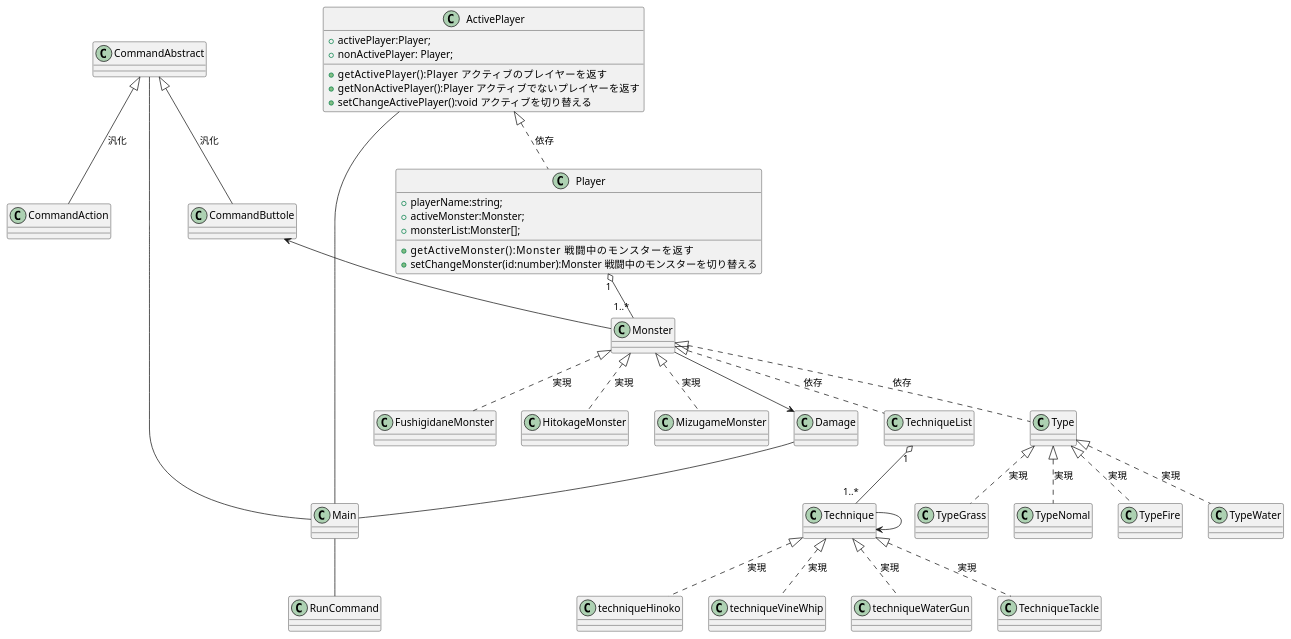
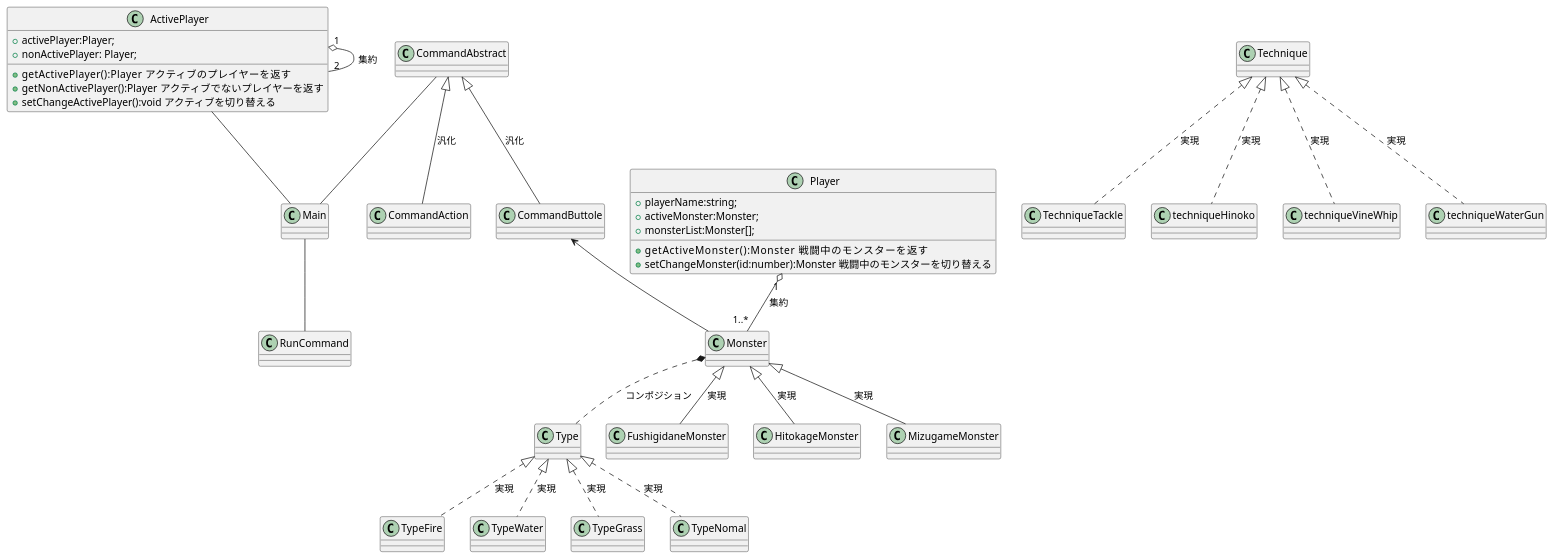
Before and after one commit to Nash-BETA/battle_app: the diagram in test.pu, drawn with PlantUML. The commit also changed 18 other files, not shown here.

```diff
--- a/test.pu
+++ b/test.pu
@@ -1,55 +1,49 @@
 @startuml TwiitDisplay
 
 class ActivePlayer{
     + activePlayer:Player;
     + nonActivePlayer: Player;
     + getActivePlayer():Player     アクティブのプレイヤーを返す
     + getNonActivePlayer():Player  アクティブでないプレイヤーを返す
     + setChangeActivePlayer():void アクティブを切り替える
 }
 
 class Player{
     + playerName:string;
     + activeMonster:Monster;
     + monsterList:Monster[];
     + getActiveMonster():Monster          戦闘中のモンスターを返す
     + setChangeMonster(id:number):Monster 戦闘中のモンスターを切り替える
 }
 
 Main -- RunCommand
 CommandAbstract -- Main
-Damage -- Main
 ActivePlayer -- Main
 
-Monster --> Damage
-Technique --> Technique
+ActivePlayer "1" o-- "2" ActivePlayer :集約
 
-Player "1" o-- "1..*" Monster
-
-TechniqueList "1" o-- "1..*" Technique
-
-ActivePlayer <|.. Player :依存
-
-Monster <|.. TechniqueList :依存
-Monster <|.. Type :依存
-
-Monster  <|.. FushigidaneMonster : 実現
-Monster  <|.. HitokageMonster : 実現
-Monster  <|.. MizugameMonster : 実現
+Player "1" o-- "1..*" Monster :集約
 
 CommandAbstract <|-- CommandAction :汎化
 CommandAbstract <|-- CommandButtole :汎化
 CommandButtole <-- Monster
+
+Monster *.. Type :コンポジション
+
+Monster  <|-- FushigidaneMonster : 実現
+Monster  <|-- HitokageMonster : 実現
+Monster  <|-- MizugameMonster : 実現
+
 
 Technique  <|.. TechniqueTackle : 実現
 Technique  <|.. techniqueHinoko : 実現
 Technique  <|.. techniqueVineWhip : 実現
 Technique  <|.. techniqueWaterGun : 実現
 
 Type <|.. TypeFire : 実現
 Type <|.. TypeWater : 実現
 Type <|.. TypeGrass : 実現
 Type <|.. TypeNomal : 実現
 
 
 @enduml
```
